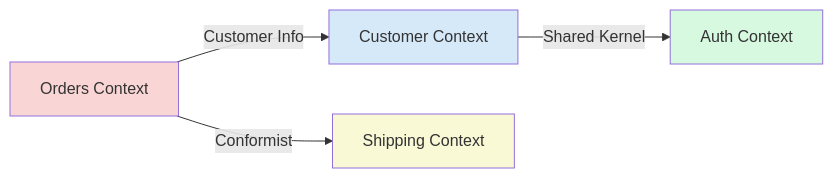
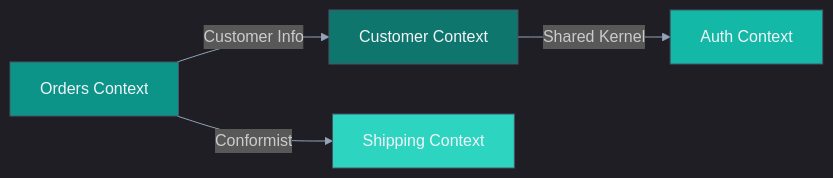
One commit to carlsendk/tech-leadership changed the second of 2 diagrams in src/content/wiki/organization/organization-ddd.md. Above: the diagram before and after it, drawn with Mermaid. The commit also changed other lines of this file and 16 other files, not shown here.

````diff
--- a/src/content/wiki/organization/organization-ddd.md
+++ b/src/content/wiki/organization/organization-ddd.md
@@ -60,11 +37,24 @@
 ```mermaid
+%%{
+  init: {
+    'theme': 'dark',
+    'themeVariables': {
+      'primaryColor': '#0d9488',
+      'primaryTextColor': '#f1f5f9',
+      'primaryBorderColor': '#475569',
+      'lineColor': '#94a3b8',
+      'secondaryColor': '#2dd4bf',
+      'tertiaryColor': '#14b8a6'
+    }
+  }
+}%%
 graph LR
     A[Orders Context] -->|Customer Info| B[Customer Context]
     B -->|Shared Kernel| C[Auth Context]
     A -->|Conformist| D[Shipping Context]
     
-    style A fill:#f9d6d5
-    style B fill:#d6e9f9
-    style C fill:#d6f9e0
-    style D fill:#f9f9d6
+    style A fill:#0d9488,stroke:#475569,color:#f1f5f9
+    style B fill:#0f766e,stroke:#475569,color:#f1f5f9
+    style C fill:#14b8a6,stroke:#475569,color:#f1f5f9
+    style D fill:#2dd4bf,stroke:#475569,color:#f1f5f9
 ```
````
